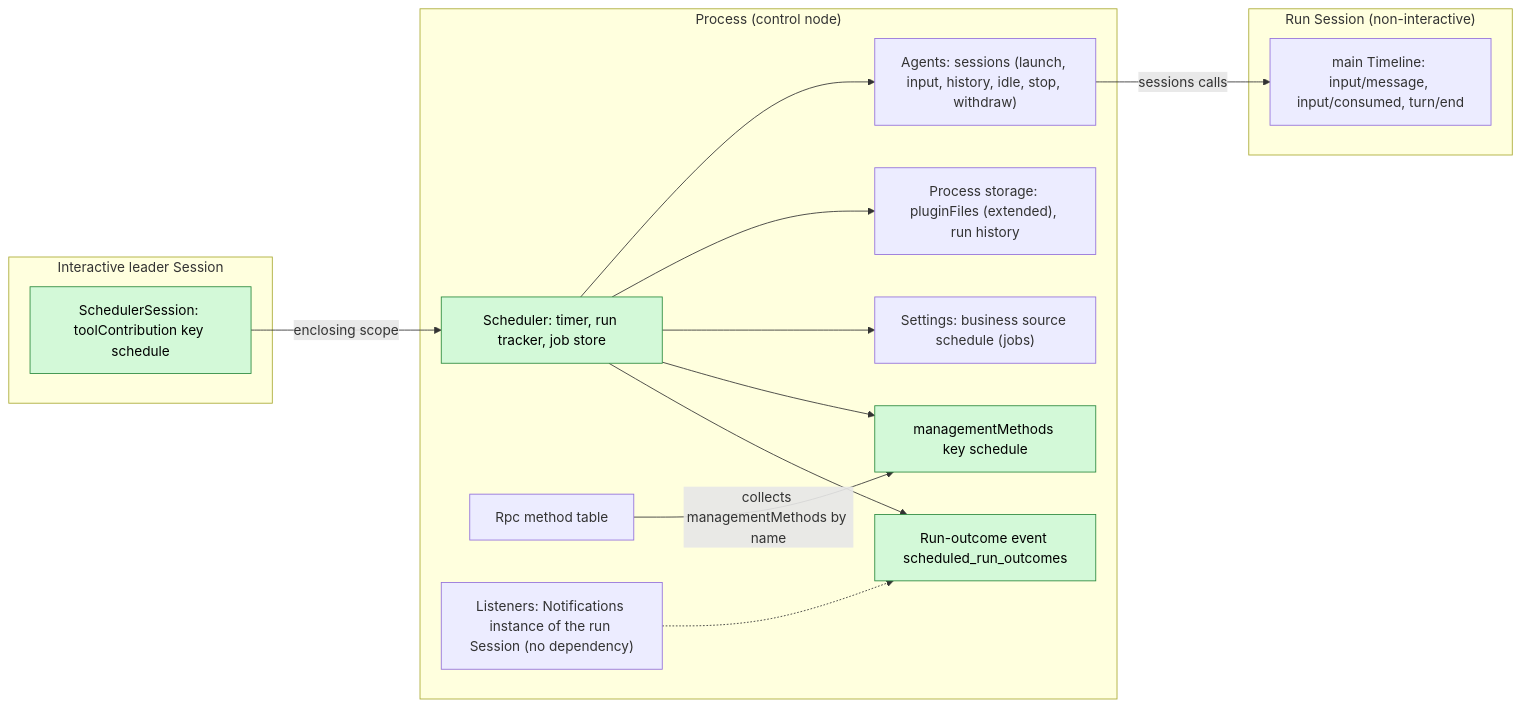
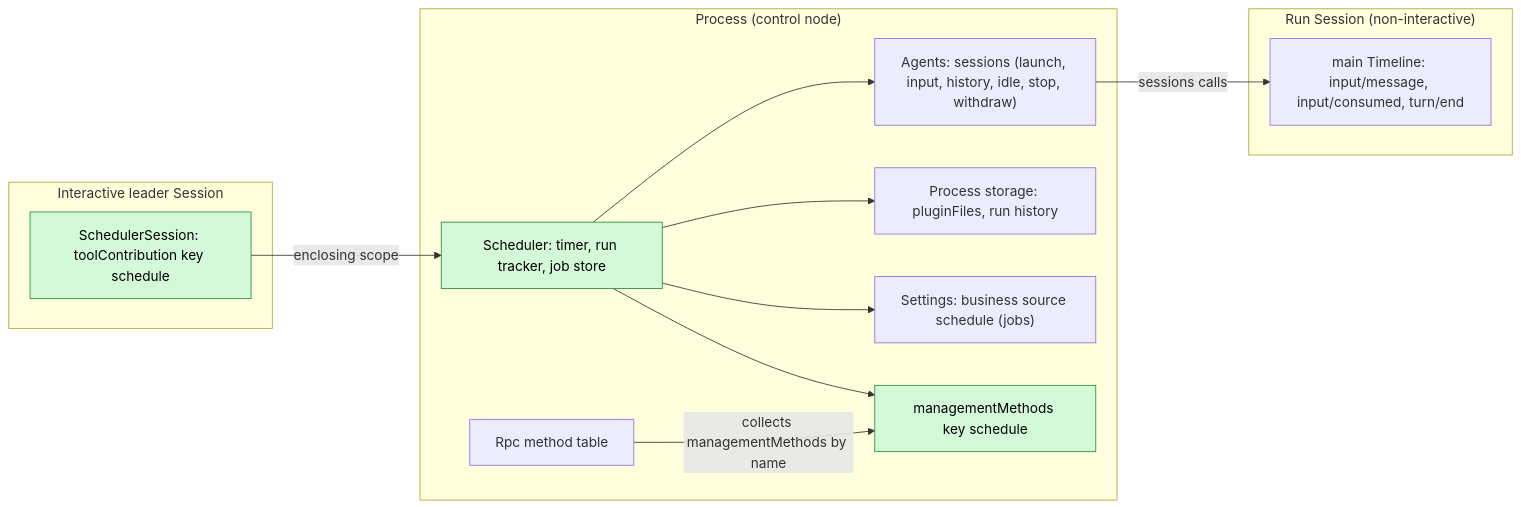
The first of 6 diagrams in docs/design/plugins/Scheduler.md (CoutinhoTTS/dim-agent), drawn with Mermaid before and after one commit. The commit also changed other lines of this file and 3 other files, not shown here.

````diff
--- a/docs/design/plugins/Scheduler.md
+++ b/docs/design/plugins/Scheduler.md
@@ -15,30 +15,26 @@
 ```mermaid
 flowchart LR
   subgraph PROC["Process (control node)"]
     Sched["Scheduler: timer, run tracker, job store"]
     MM["managementMethods key schedule"]
-    Out["Run-outcome event scheduled_run_outcomes"]
     Agents["Agents: sessions (launch, input, history, idle, stop, withdraw)"]
     Rpc["Rpc method table"]
-    Store["Process storage: pluginFiles (extended), run history"]
+    Store["Process storage: pluginFiles, run history"]
     Set["Settings: business source schedule (jobs)"]
-    Listen["Listeners: Notifications instance of the run Session (no dependency)"]
   end
   subgraph SESS["Interactive leader Session"]
     Tool["SchedulerSession: toolContribution key schedule"]
   end
   subgraph RUN["Run Session (non-interactive)"]
     TL["main Timeline: input/message, input/consumed, turn/end"]
   end
   Tool -->|"enclosing scope"| Sched
   Sched --> Agents
   Sched --> Store
   Sched --> Set
   Sched --> MM
   Rpc -->|"collects managementMethods by name"| MM
   Agents -->|"sessions calls"| TL
-  Sched --> Out
-  Listen -.-> Out
   classDef new fill:#d3f9d8,stroke:#2b8a3e,color:#000
-  class Sched,MM,Out,Tool new
+  class Sched,MM,Tool new
 ```
````
